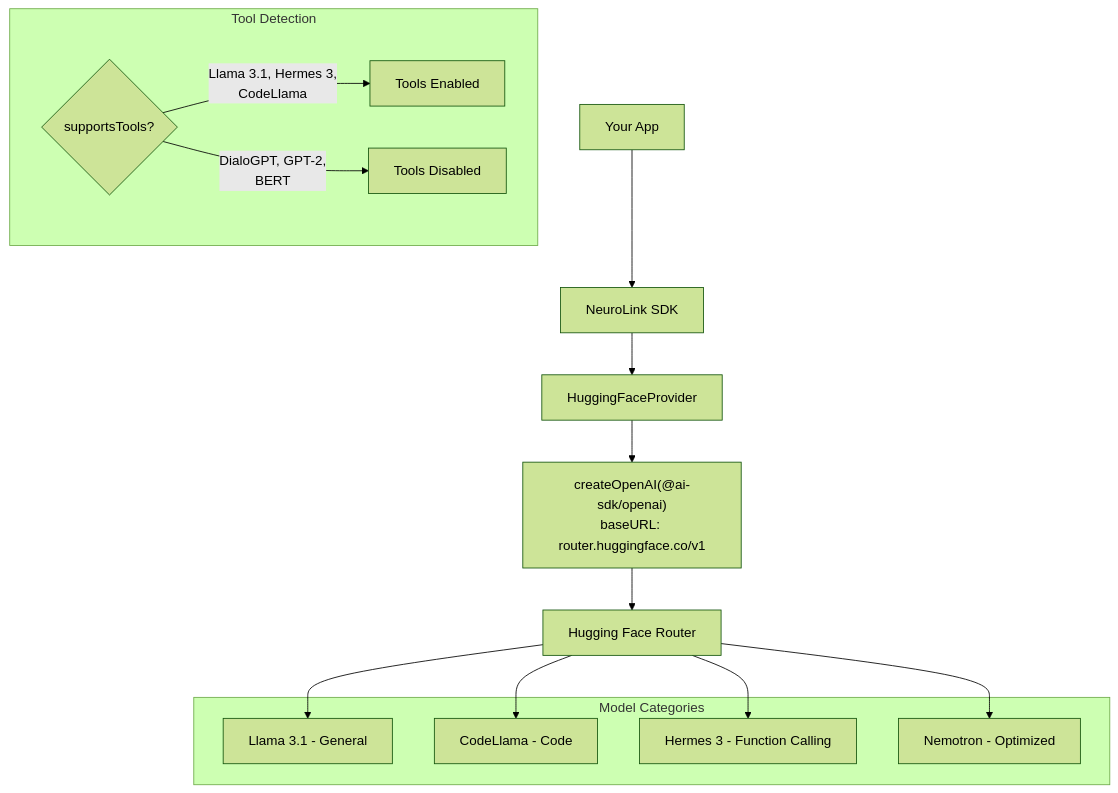
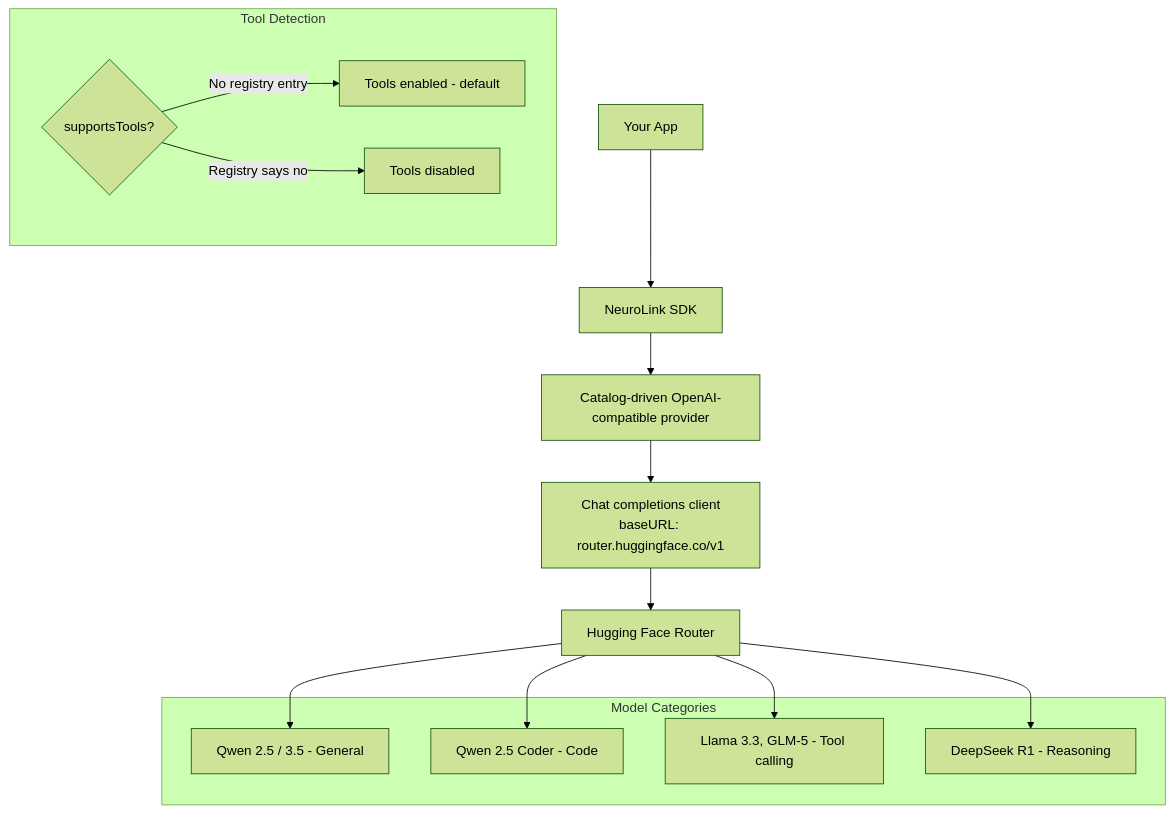
Before and after one commit to juspay/neurolink-blog: the diagram in _posts/2025-08-04-hugging-face-integration.md, drawn with Mermaid (forest theme). The commit also changed other lines of this file and 172 other files, not shown here.

````diff
--- a/_posts/2025-08-04-hugging-face-integration.md
+++ b/_posts/2025-08-04-hugging-face-integration.md
@@ -259,25 +225,25 @@
 ```mermaid
 flowchart TB
     A[Your App] --> B[NeuroLink SDK]
-    B --> C[HuggingFaceProvider]
-    C --> D["createOpenAI(@ai-sdk/openai)<br/>baseURL: router.huggingface.co/v1"]
+    B --> C["Catalog-driven OpenAI-compatible provider"]
+    C --> D["Chat completions client<br/>baseURL: router.huggingface.co/v1"]
     D --> E[Hugging Face Router]
 
     subgraph "Tool Detection"
         F{supportsTools?}
-        F -->|Llama 3.1, Hermes 3,<br/>CodeLlama| G[Tools Enabled]
-        F -->|DialoGPT, GPT-2,<br/>BERT| H[Tools Disabled]
+        F -->|No registry entry| G["Tools enabled - default"]
+        F -->|Registry says no| H[Tools disabled]
     end
 
     subgraph "Model Categories"
-        I["Llama 3.1 - General"]
-        J["CodeLlama - Code"]
-        K["Hermes 3 - Function Calling"]
-        L["Nemotron - Optimized"]
+        I["Qwen 2.5 / 3.5 - General"]
+        J["Qwen 2.5 Coder - Code"]
+        K["Llama 3.3, GLM-5 - Tool calling"]
+        L["DeepSeek R1 - Reasoning"]
     end
 
     E --> I
     E --> J
     E --> K
     E --> L
 ```
````
